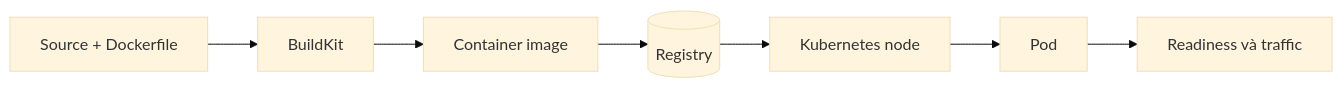
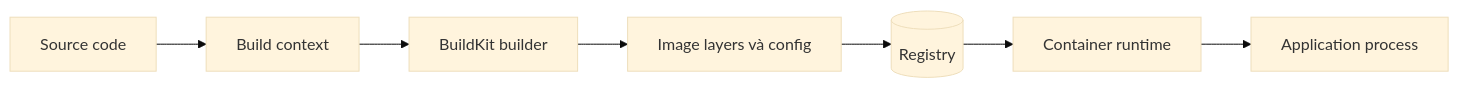
The first of 3 diagrams in content/docs/images-va-dockerfile/image-optimization.mdx (vanhiep99w/docker-learn), drawn with Mermaid (base theme) before and after one commit. The commit also changed other lines of this file, not shown here.

Commit message:
docs: deepen Docker image optimization guide

````diff
--- a/content/docs/images-va-dockerfile/image-optimization.mdx
+++ b/content/docs/images-va-dockerfile/image-optimization.mdx
@@ -21,9 +24,9 @@
 ```mermaid
 flowchart LR
-    A[Source + Dockerfile] --> B[BuildKit]
-    B --> C[Container image]
-    C --> D[(Registry)]
-    D --> E[Kubernetes node]
-    E --> F[Pod]
-    F --> G[Readiness và traffic]
+    A[Source code] --> B[Build context]
+    B --> C[BuildKit builder]
+    C --> D[Image layers và config]
+    D --> E[(Registry)]
+    E --> F[Container runtime]
+    F --> G[Application process]
 ```
````
